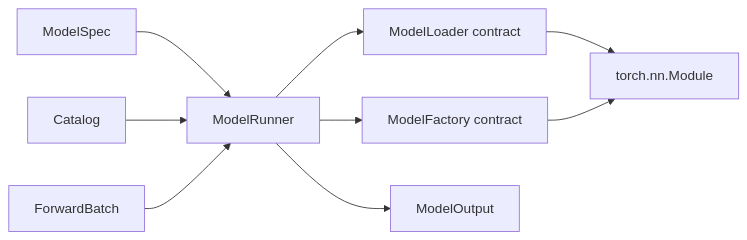
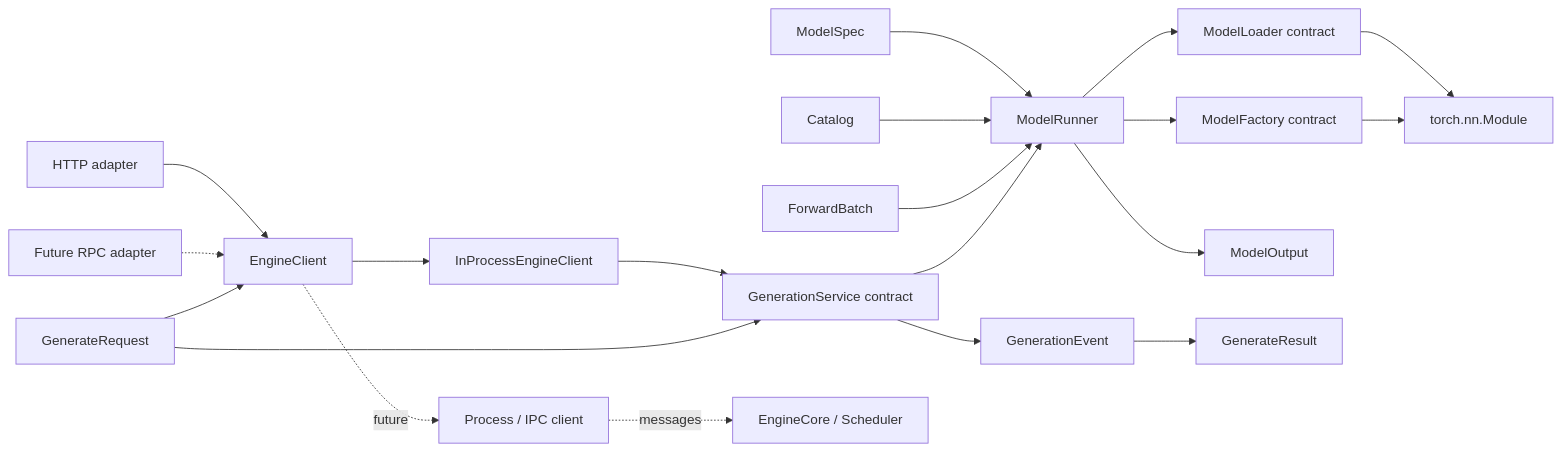
One commit to poorpaper/light-vllm changed the first of 3 diagrams in docs/architecture.md. Above: the diagram before and after it, drawn with Mermaid. The commit also changed other lines of this file and 17 other files, not shown here.

Commit message:
feat: add layered HTTP generation serving

````diff
--- a/docs/architecture.md
+++ b/docs/architecture.md
@@ -18,11 +23,22 @@
 ```mermaid
 flowchart LR
     Spec["ModelSpec"] --> Runner["ModelRunner"]
     Catalog["Catalog"] --> Runner
     Runner --> Loader["ModelLoader contract"]
     Runner --> Factory["ModelFactory contract"]
     Loader --> Model["torch.nn.Module"]
     Factory --> Model
     Batch["ForwardBatch"] --> Runner
     Runner --> Output["ModelOutput"]
+    HTTP["HTTP adapter"] --> Client["EngineClient"]
+    RPC["Future RPC adapter"] -.-> Client
+    Client --> Local["InProcessEngineClient"]
+    Local --> Service["GenerationService contract"]
+    Client -.future.-> IPC["Process / IPC client"]
+    IPC -.messages.-> Core["EngineCore / Scheduler"]
+    Service --> Runner
+    Request["GenerateRequest"] --> Client
+    Request["GenerateRequest"] --> Service
+    Service --> Event["GenerationEvent"]
+    Event --> Result["GenerateResult"]
 ```
````
